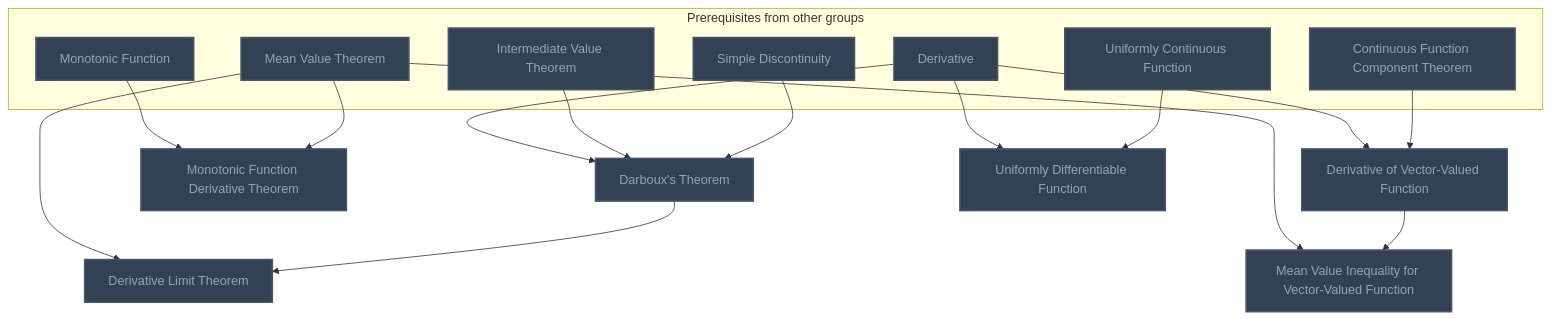
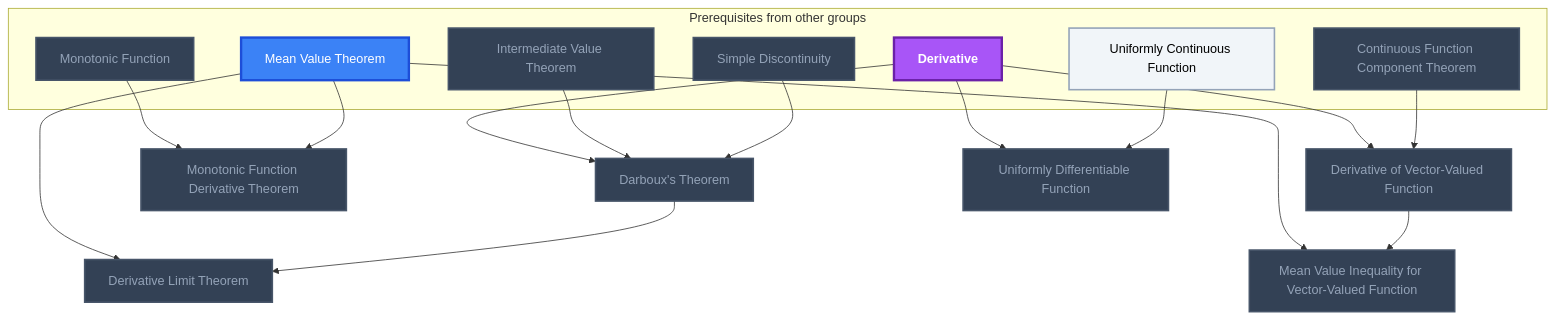
Before and after one commit to MRauf1/My-Notes: the tenth of 22 diagrams in Gamification/Skill Trees/Real Analysis.md, drawn with Mermaid. The commit also changed other lines of this file and 156 other files, not shown here.

````diff
--- a/Gamification/Skill Trees/Real Analysis.md
+++ b/Gamification/Skill Trees/Real Analysis.md
@@ -856,42 +873,45 @@
 ```mermaid
 flowchart TD
     classDef planned fill:#1E293B,stroke:#64748B,stroke-width:2px,stroke-dasharray:5 5,color:#94A3B8;
     classDef locked fill:#334155,stroke:#475569,stroke-width:2px,color:#94A3B8;
     classDef L0 fill:#F1F5F9,stroke:#94A3B8,stroke-width:2px,color:#000000;
     classDef L1 fill:#22C55E,stroke:#15803D,stroke-width:2px,color:#000000;
     classDef L2 fill:#3B82F6,stroke:#1D4ED8,stroke-width:3px,color:#FFFFFF;
     classDef L3 fill:#A855F7,stroke:#6B21A8,stroke-width:3px,color:#FFFFFF,font-weight:bold;
     classDef L4 fill:#F97316,stroke:#C2410C,stroke-width:4px,color:#000000,font-weight:bold;
     classDef L5 fill:#FFD700,stroke:#FF8C00,stroke-width:5px,color:#000000,font-weight:bold;
     classDef rusty stroke:#8B4513,stroke-width:4px,stroke-dasharray:3 3;
     subgraph sg_prereqs["Prerequisites from other groups"]
         n_derivative["Derivative"]
         n_intermediate_value_theorem["Intermediate Value Theorem"]
         n_simple_discontinuity["Simple Discontinuity"]
         n_monotonic_function["Monotonic Function"]
         n_mean_value_theorem["Mean Value Theorem"]
         n_continuous_function_component_theorem["Continuous Function Component Theorem"]
         n_uniformly_continuous_function["Uniformly Continuous Function"]
     end
     n_darboux_s_theorem["Darboux's Theorem"]
     n_monotonic_function_derivative_theorem["Monotonic Function Derivative Theorem"]
     n_derivative_of_vector_valued_function["Derivative of Vector-Valued Function"]
     n_mean_value_inequality_for_vector_valued_function["Mean Value Inequality for Vector-Valued Function"]
     n_uniformly_differentiable_function["Uniformly Differentiable Function"]
     n_derivative_limit_theorem["Derivative Limit Theorem"]
     n_derivative --> n_darboux_s_theorem
     n_intermediate_value_theorem --> n_darboux_s_theorem
     n_simple_discontinuity --> n_darboux_s_theorem
     n_monotonic_function --> n_monotonic_function_derivative_theorem
     n_mean_value_theorem --> n_monotonic_function_derivative_theorem
     n_derivative --> n_derivative_of_vector_valued_function
     n_continuous_function_component_theorem --> n_derivative_of_vector_valued_function
     n_mean_value_theorem --> n_mean_value_inequality_for_vector_valued_function
     n_derivative_of_vector_valued_function --> n_mean_value_inequality_for_vector_valued_function
     n_derivative --> n_uniformly_differentiable_function
     n_uniformly_continuous_function --> n_uniformly_differentiable_function
     n_mean_value_theorem --> n_derivative_limit_theorem
     n_darboux_s_theorem --> n_derivative_limit_theorem
-    class n_derivative,n_intermediate_value_theorem,n_simple_discontinuity,n_monotonic_function,n_mean_value_theorem,n_continuous_function_component_theorem,n_uniformly_continuous_function,n_darboux_s_theorem,n_monotonic_function_derivative_theorem,n_derivative_of_vector_valued_function,n_mean_value_inequality_for_vector_valued_function,n_uniformly_differentiable_function,n_derivative_limit_theorem locked;
+    class n_intermediate_value_theorem,n_simple_discontinuity,n_monotonic_function,n_continuous_function_component_theorem,n_darboux_s_theorem,n_monotonic_function_derivative_theorem,n_derivative_of_vector_valued_function,n_mean_value_inequality_for_vector_valued_function,n_uniformly_differentiable_function,n_derivative_limit_theorem locked;
+    class n_uniformly_continuous_function L0;
+    class n_mean_value_theorem L2;
+    class n_derivative L3;
     class n_derivative,n_intermediate_value_theorem,n_simple_discontinuity,n_monotonic_function,n_mean_value_theorem,n_continuous_function_component_theorem,n_uniformly_continuous_function,n_darboux_s_theorem,n_monotonic_function_derivative_theorem,n_derivative_of_vector_valued_function,n_mean_value_inequality_for_vector_valued_function,n_uniformly_differentiable_function,n_derivative_limit_theorem internal-link;
 ```
````
